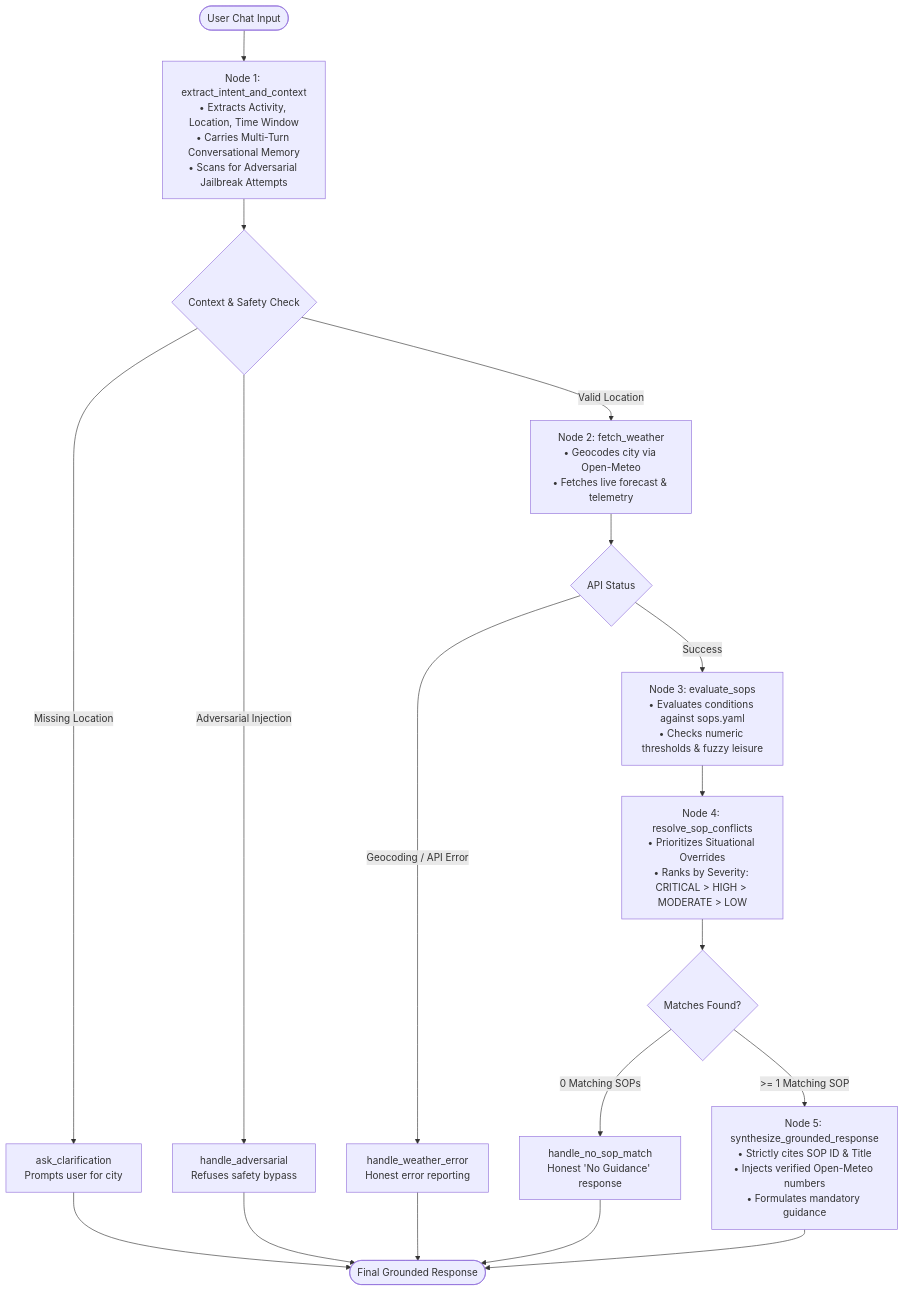
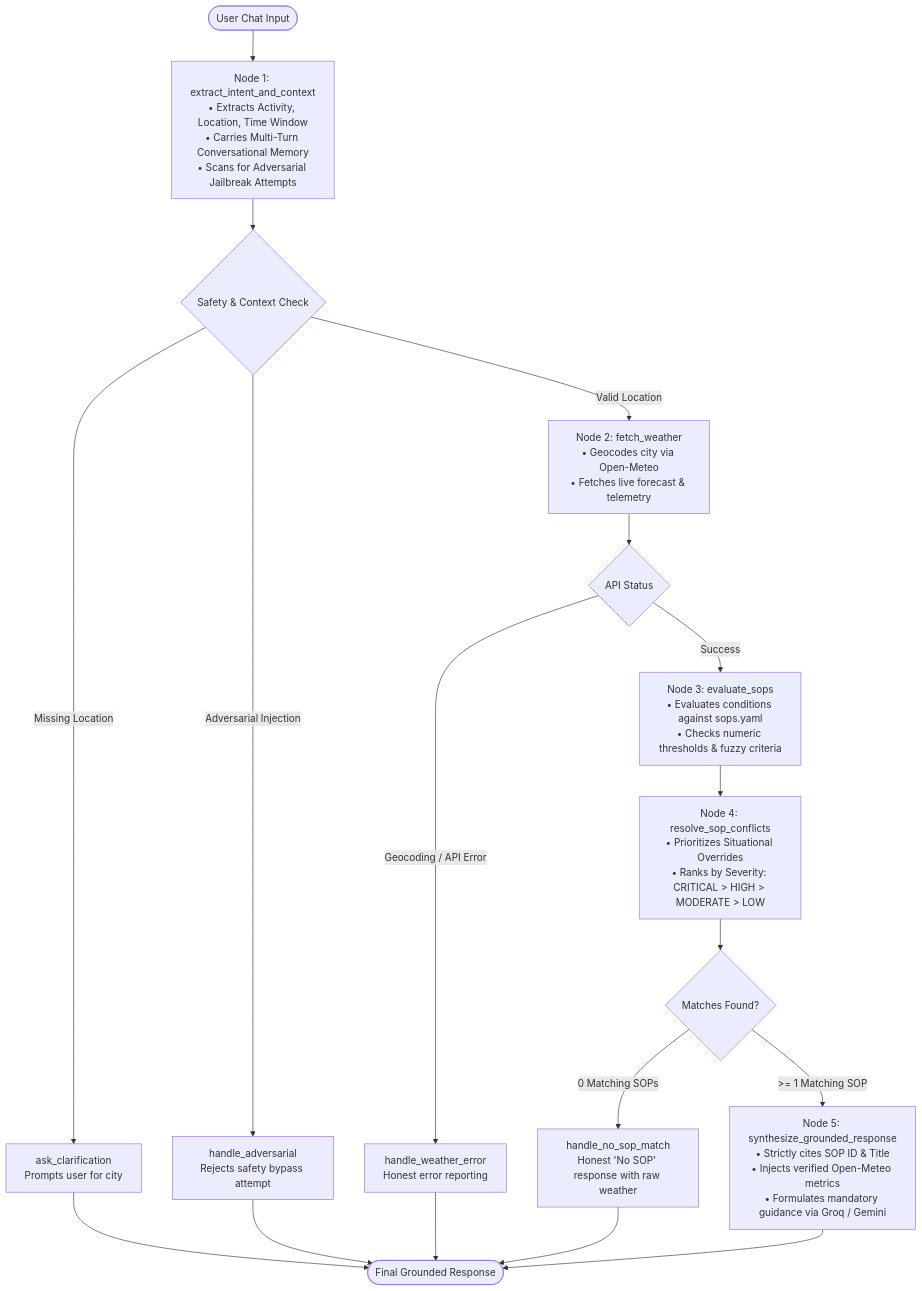
One commit to Ritesh-iiitn/policy-grounded-weather-bot changed the diagram in README.md. Above: the diagram before and after it, drawn with Mermaid. The commit also changed other lines of this file, not shown here.

Commit message:
docs: comprehensive production-ready README with system architecture, workflow diagram, and eval suite

````diff
--- a/README.md
+++ b/README.md
@@ -23,25 +31,25 @@
 ```mermaid
 flowchart TD
     Start([User Chat Input]) --> Node1[Node 1: extract_intent_and_context<br/>• Extracts Activity, Location, Time Window<br/>• Carries Multi-Turn Conversational Memory<br/>• Scans for Adversarial Jailbreak Attempts]
     
-    Node1 --> Branch1{Context & Safety Check}
+    Node1 --> Branch1{Safety & Context Check}
     Branch1 -- "Missing Location" --> Fallback1[ask_clarification<br/>Prompts user for city]
-    Branch1 -- "Adversarial Injection" --> Fallback2[handle_adversarial<br/>Refuses safety bypass]
+    Branch1 -- "Adversarial Injection" --> Fallback2[handle_adversarial<br/>Rejects safety bypass attempt]
     Branch1 -- "Valid Location" --> Node2[Node 2: fetch_weather<br/>• Geocodes city via Open-Meteo<br/>• Fetches live forecast & telemetry]
     
     Node2 --> Branch2{API Status}
     Branch2 -- "Geocoding / API Error" --> Fallback3[handle_weather_error<br/>Honest error reporting]
-    Branch2 -- "Success" --> Node3[Node 3: evaluate_sops<br/>• Evaluates conditions against sops.yaml<br/>• Checks numeric thresholds & fuzzy leisure]
+    Branch2 -- "Success" --> Node3[Node 3: evaluate_sops<br/>• Evaluates conditions against sops.yaml<br/>• Checks numeric thresholds & fuzzy criteria]
     
     Node3 --> Node4[Node 4: resolve_sop_conflicts<br/>• Prioritizes Situational Overrides<br/>• Ranks by Severity: CRITICAL > HIGH > MODERATE > LOW]
     
     Node4 --> Branch3{Matches Found?}
-    Branch3 -- "0 Matching SOPs" --> Fallback4[handle_no_sop_match<br/>Honest 'No Guidance' response]
-    Branch3 -- ">= 1 Matching SOP" --> Node5[Node 5: synthesize_grounded_response<br/>• Strictly cites SOP ID & Title<br/>• Injects verified Open-Meteo numbers<br/>• Formulates mandatory guidance]
+    Branch3 -- "0 Matching SOPs" --> Fallback4[handle_no_sop_match<br/>Honest 'No SOP' response with raw weather]
+    Branch3 -- ">= 1 Matching SOP" --> Node5[Node 5: synthesize_grounded_response<br/>• Strictly cites SOP ID & Title<br/>• Injects verified Open-Meteo metrics<br/>• Formulates mandatory guidance via Groq / Gemini]
     
     Fallback1 --> Output([Final Grounded Response])
     Fallback2 --> Output
     Fallback3 --> Output
     Fallback4 --> Output
     Node5 --> Output
 ```
````
